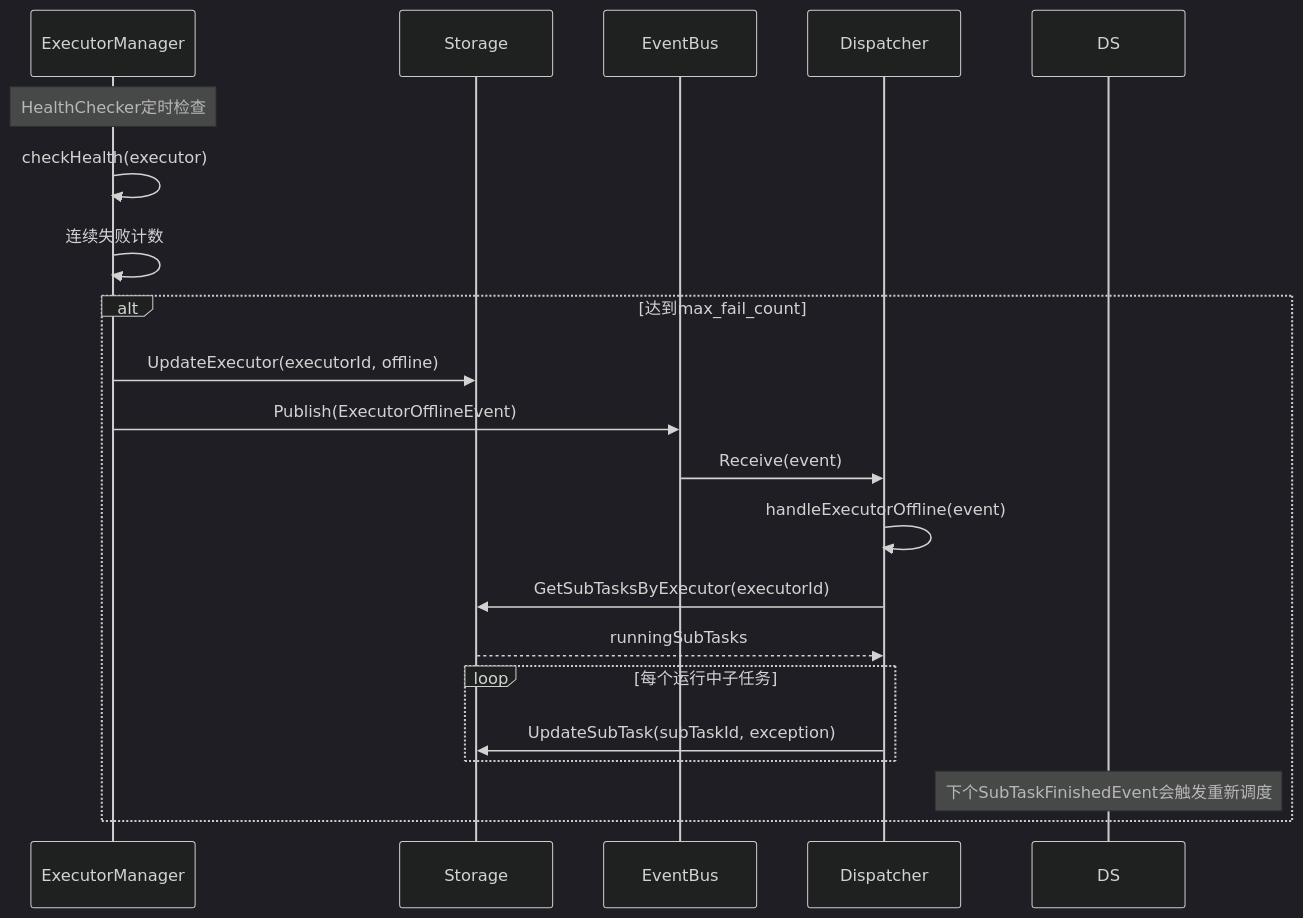
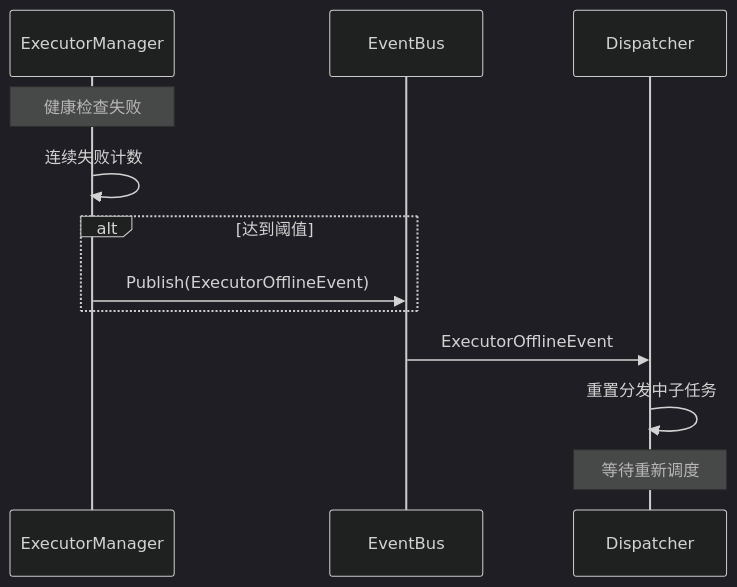
The eighth of 8 diagrams in docs/designs/模块设计文档.md (njuxumq/agent-eval-server), drawn with Mermaid (dark theme) before and after one commit. The commit also changed other lines of this file and 15 other files, not shown here.

````diff
--- a/docs/designs/模块设计文档.md
+++ b/docs/designs/模块设计文档.md
@@ -1128,25 +512,18 @@
 ```mermaid
 sequenceDiagram
     participant EM as ExecutorManager
-    participant Storage as Storage
     participant EB as EventBus
-    participant DP as Dispatcher
+    participant Dispatcher as Dispatcher
 
-    Note over EM: HealthChecker定时检查
+    Note over EM: 健康检查失败
 
-    EM->>EM: checkHealth(executor)
     EM->>EM: 连续失败计数
+    alt 达到阈值
+        EM->>EB: Publish(ExecutorOfflineEvent)
+    end
 
-    alt 达到max_fail_count
-        EM->>Storage: UpdateExecutor(executorId, offline)
-        EM->>EB: Publish(ExecutorOfflineEvent)
-        EB->>DP: Receive(event)
-        DP->>DP: handleExecutorOffline(event)
-        DP->>Storage: GetSubTasksByExecutor(executorId)
-        Storage-->>DP: runningSubTasks
-        loop 每个运行中子任务
-            DP->>Storage: UpdateSubTask(subTaskId, exception)
-        end
-        Note over DS: 下个SubTaskFinishedEvent会触发重新调度
-    end
+    EB->>Dispatcher: ExecutorOfflineEvent
+    Dispatcher->>Dispatcher: 重置分发中子任务
+
+    Note over Dispatcher: 等待重新调度
 ```
````
